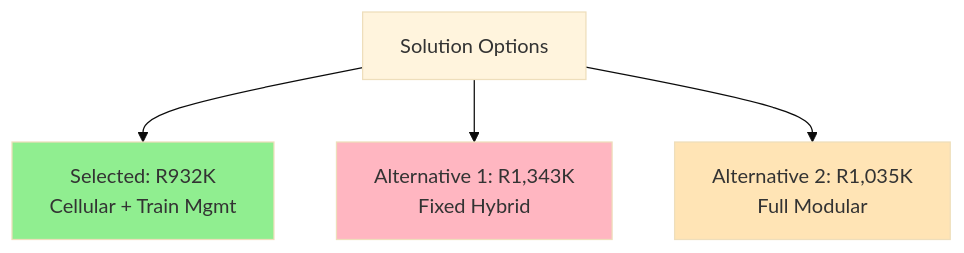
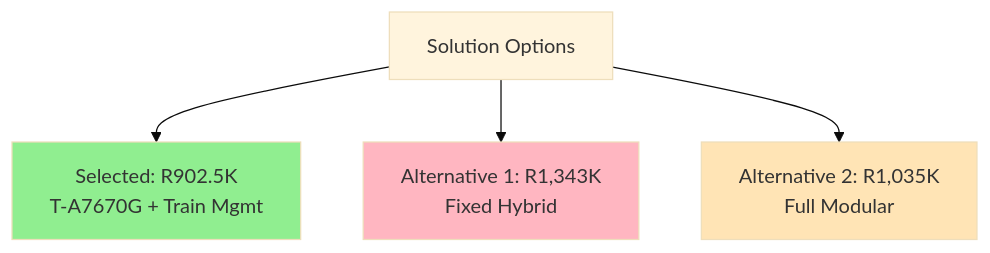
The seventh of 9 diagrams in docs/executive-summary.md (transnet-eduard-reitmann/locomotive-tracking-unit), drawn with Mermaid (base theme) before and after one commit. The commit also changed other lines of this file and 20 other files, not shown here.

````diff
--- a/docs/executive-summary.md
+++ b/docs/executive-summary.md
@@ -199,10 +212,10 @@
 ```mermaid
 graph TD
-    A[Solution Options] --> B[Selected: R932K<br/>Cellular + Train Mgmt]
+    A[Solution Options] --> B[Selected: R902.5K<br/>T-A7670G + Train Mgmt]
     A --> C[Alternative 1: R1,343K<br/>Fixed Hybrid]
     A --> D[Alternative 2: R1,035K<br/>Full Modular]
     
     style B fill:#90EE90
     style C fill:#FFB6C1
     style D fill:#FFE4B5
 ```
````
